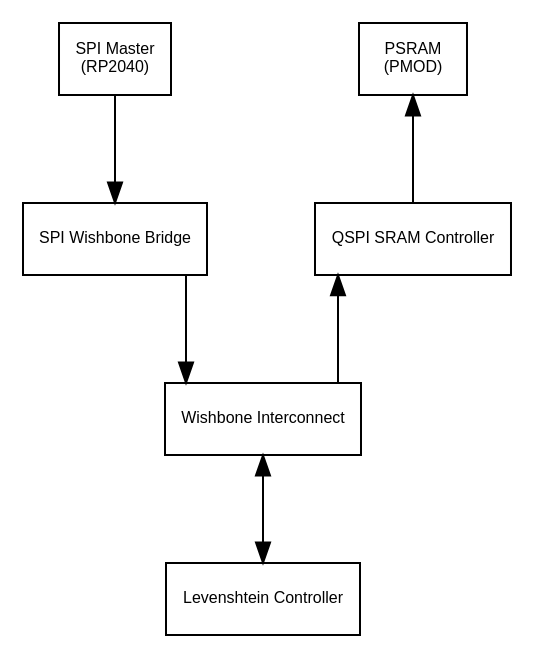
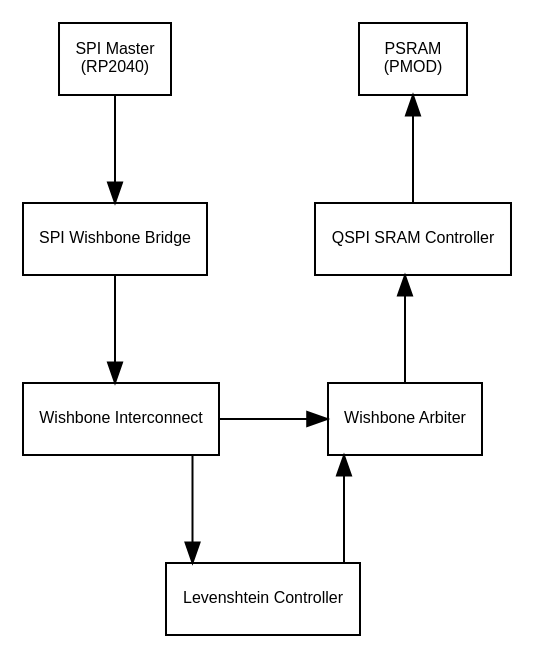
One commit to peter-noerlund/sky25a-levenshtein changed the diagram in docs/design.dot. Above: the diagram before and after it, drawn with Graphviz. The commit also changed 1 other file, not shown here.

Commit message:
Updated diagram

```diff
--- a/docs/design.dot
+++ b/docs/design.dot
@@ -1,40 +1,43 @@
 digraph design {
     splines=ortho;
     nodesep=0.75;
     ranksep=0.75;
 
     node [ fontname="arial" fontsize="8" shape="rect" ];
     edge [ fontname="arial" fontsize="8" ];
 
     subgraph external {
         rank=same;
 
         spi_master [ label="SPI Master\n(RP2040)" ];
         psram [ label="PSRAM\n(PMOD)" ];
     }
 
     subgraph external_to_wb {
         rank=same;
 
         spi_wishbone_bridge [ label="SPI Wishbone Bridge" ];
         spi_controller [ label="QSPI SRAM Controller"]
     }
 
     subgraph interconnect {
         rank=same;
 
         interconnect [ label="Wishbone Interconnect" ];
+        arbiter [ label="Wishbone Arbiter" ];
     }
 
     subgraph engine {
         rank=same;
 
         levenshtein_controller [ label="Levenshtein Controller" ];
     }
 
     spi_master -> spi_wishbone_bridge;
     spi_wishbone_bridge -> interconnect;
-    interconnect -> spi_controller;
+    interconnect -> arbiter;
+    spi_controller -> arbiter [ dir="back" ];
     spi_controller -> psram;
-    interconnect -> levenshtein_controller [ dir="both" ];
+    interconnect -> levenshtein_controller;
+    arbiter -> levenshtein_controller [ dir="back" ];
 }
```
